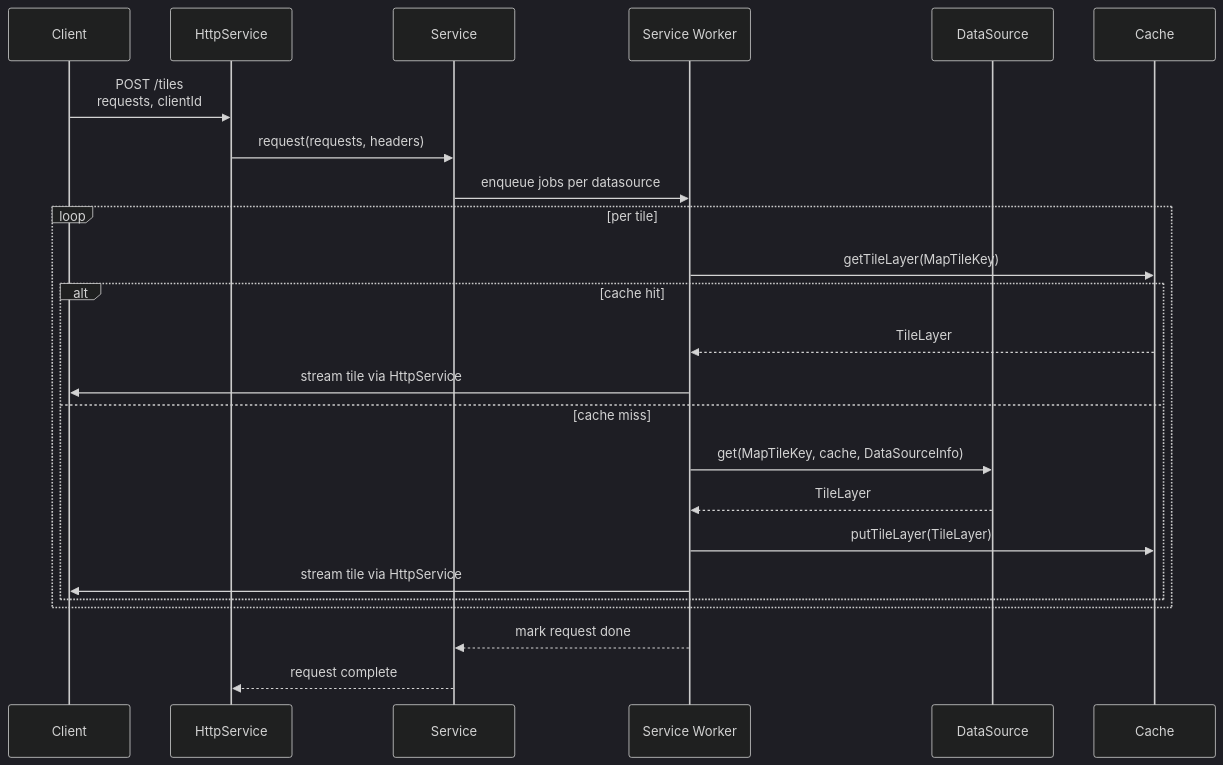
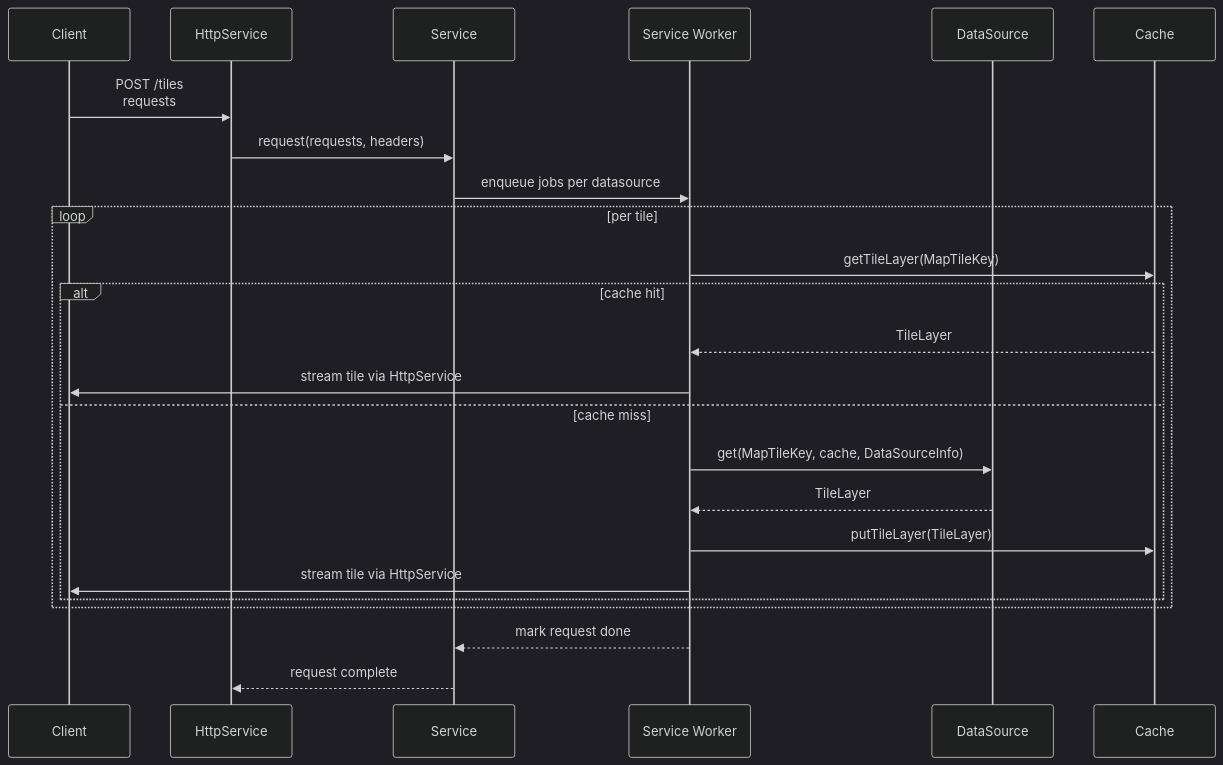
The second of 2 diagrams in docs/mapget-dev-guide.md (ndsev/mapget), drawn with Mermaid (dark theme) before and after one commit. The commit also changed other lines of this file and 16 other files, not shown here.

````diff
--- a/docs/mapget-dev-guide.md
+++ b/docs/mapget-dev-guide.md
@@ -144,27 +144,27 @@
 ```mermaid
 sequenceDiagram
   participant Client
   participant Http as HttpService
   participant Service as Service
   participant Worker as Service Worker
   participant Ds as DataSource
   participant Cache
 
-  Client->>Http: POST /tiles<br>requests, clientId
+  Client->>Http: POST /tiles<br>requests
   Http->>Service: request(requests, headers)
   Service->>Worker: enqueue jobs per datasource
   loop per tile
     Worker->>Cache: getTileLayer(MapTileKey)
     alt cache hit
       Cache-->>Worker: TileLayer
       Worker->>Client: stream tile via HttpService
     else cache miss
       Worker->>Ds: get(MapTileKey, cache, DataSourceInfo)
       Ds-->>Worker: TileLayer
       Worker->>Cache: putTileLayer(TileLayer)
       Worker->>Client: stream tile via HttpService
     end
   end
   Worker-->>Service: mark request done
   Service-->>Http: request complete
 ```
````
